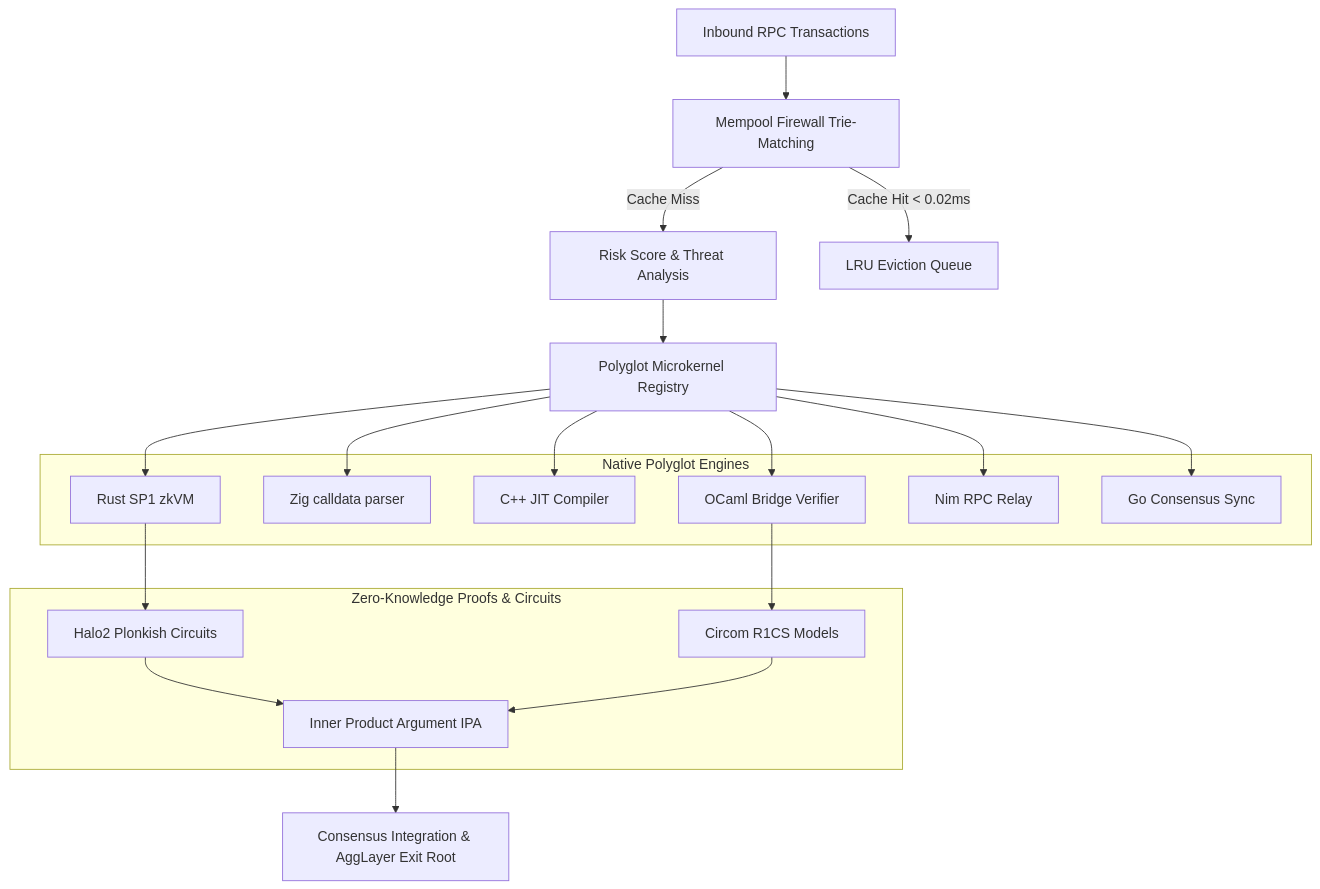
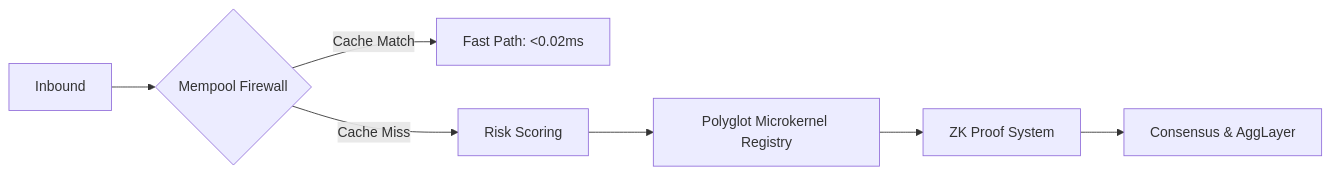
One commit to LogicGuard/kallipolis-zk changed the diagram in README.md. Above: the diagram before and after it, drawn with Mermaid. The commit also changed other lines of this file, not shown here.

Commit message:
docs: update README with table of contents and architecture diagram
Refactor the README structure to include a table of contents and simplify the architecture diagram for improved readability.

````diff
--- a/README.md
+++ b/README.md
@@ -42,29 +51,9 @@
 ```mermaid
-graph TD
-    A[Inbound RPC Transactions] --> B[Mempool Firewall Trie-Matching]
-    B -->|Cache Miss| C[Risk Score & Threat Analysis]
-    B -->|Cache Hit < 0.02ms| D[LRU Eviction Queue]
-    C --> E[Polyglot Microkernel Registry]
-    
-    subgraph Microkernels [Native Polyglot Engines]
-        E1[Rust SP1 zkVM]
-        E2[Zig calldata parser]
-        E3[C++ JIT Compiler]
-        E4[OCaml Bridge Verifier]
-        E5[Nim RPC Relay]
-        E6[Go Consensus Sync]
-    end
-    
-    E --> E1 & E2 & E3 & E4 & E5 & E6
-    
-    subgraph ZKProofSystem [Zero-Knowledge Proofs & Circuits]
-        H1[Halo2 Plonkish Circuits]
-        H2[Circom R1CS Models]
-        H3[Inner Product Argument IPA]
-    end
-    
-    E1 --> H1
-    E4 --> H2
-    H1 & H2 --> H3
-    H3 --> F[Consensus Integration & AggLayer Exit Root]
+graph LR
+    Inbound --> Firewall{Mempool Firewall}
+    Firewall -->|Cache Match| Fast[Fast Path: <0.02ms]
+    Firewall -->|Cache Miss| Analysis[Risk Scoring]
+    Analysis --> Microkernel[Polyglot Microkernel Registry]
+    Microkernel --> Prover[ZK Proof System]
+    Prover --> Final[Consensus & AggLayer]
 ```
````
